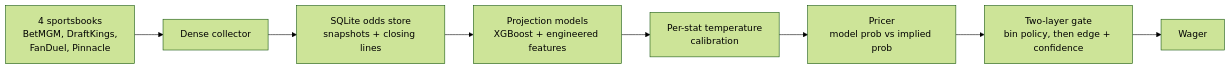
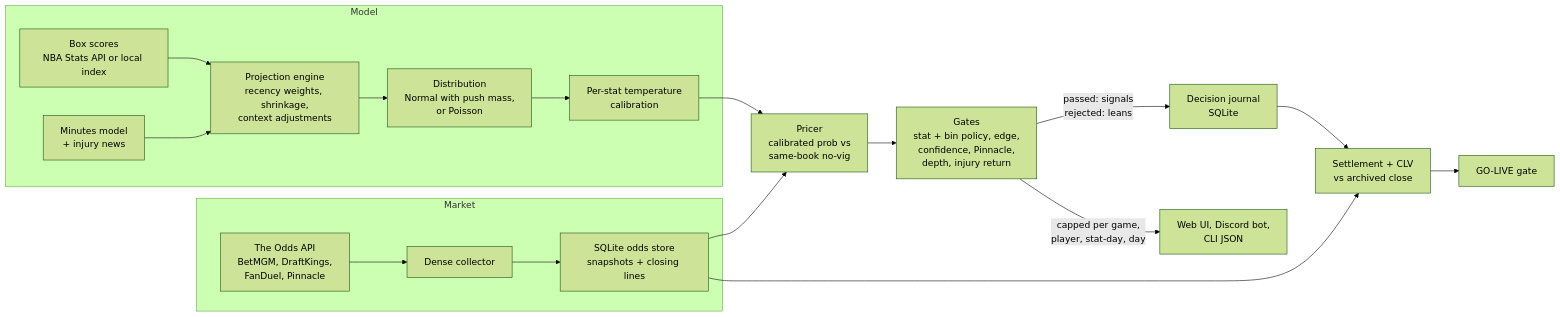
One commit to ron2k1/courtside-showcase changed the diagram in README.md. Above: the diagram before and after it, drawn with Mermaid (forest theme). The commit also changed other lines of this file and 3 other files, not shown here.

````diff
--- a/README.md
+++ b/README.md
@@ -55,10 +68,21 @@
 ```mermaid
 flowchart LR
-    A["4 sportsbooks<br>BetMGM, DraftKings,<br>FanDuel, Pinnacle"] --> B["Dense collector"]
-    B --> C["SQLite odds store<br>snapshots + closing lines"]
-    C --> D["Projection models<br>XGBoost + engineered features"]
-    D --> E["Per-stat temperature<br>calibration"]
-    E --> F["Pricer<br>model prob vs implied prob"]
-    F --> G["Two-layer gate<br>bin policy, then edge + confidence"]
-    G --> H["Wager"]
+    subgraph Market
+        A["The Odds API<br>BetMGM, DraftKings,<br>FanDuel, Pinnacle"] --> B["Dense collector"]
+        B --> C["SQLite odds store<br>snapshots + closing lines"]
+    end
+    subgraph Model
+        D["Box scores<br>NBA Stats API or local index"] --> E["Projection engine<br>recency weights, shrinkage,<br>context adjustments"]
+        F["Minutes model<br>+ injury news"] --> E
+        E --> G["Distribution<br>Normal with push mass,<br>or Poisson"]
+        G --> H["Per-stat temperature<br>calibration"]
+    end
+    C --> I["Pricer<br>calibrated prob vs<br>same-book no-vig"]
+    H --> I
+    I --> J["Gates<br>stat + bin policy, edge,<br>confidence, Pinnacle,<br>depth, injury return"]
+    J -->|"passed: signals<br>rejected: leans"| K["Decision journal<br>SQLite"]
+    J -->|"capped per game,<br>player, stat-day, day"| N["Web UI, Discord bot,<br>CLI JSON"]
+    K --> L["Settlement + CLV<br>vs archived close"]
+    C --> L
+    L --> M["GO-LIVE gate"]
 ```
````
